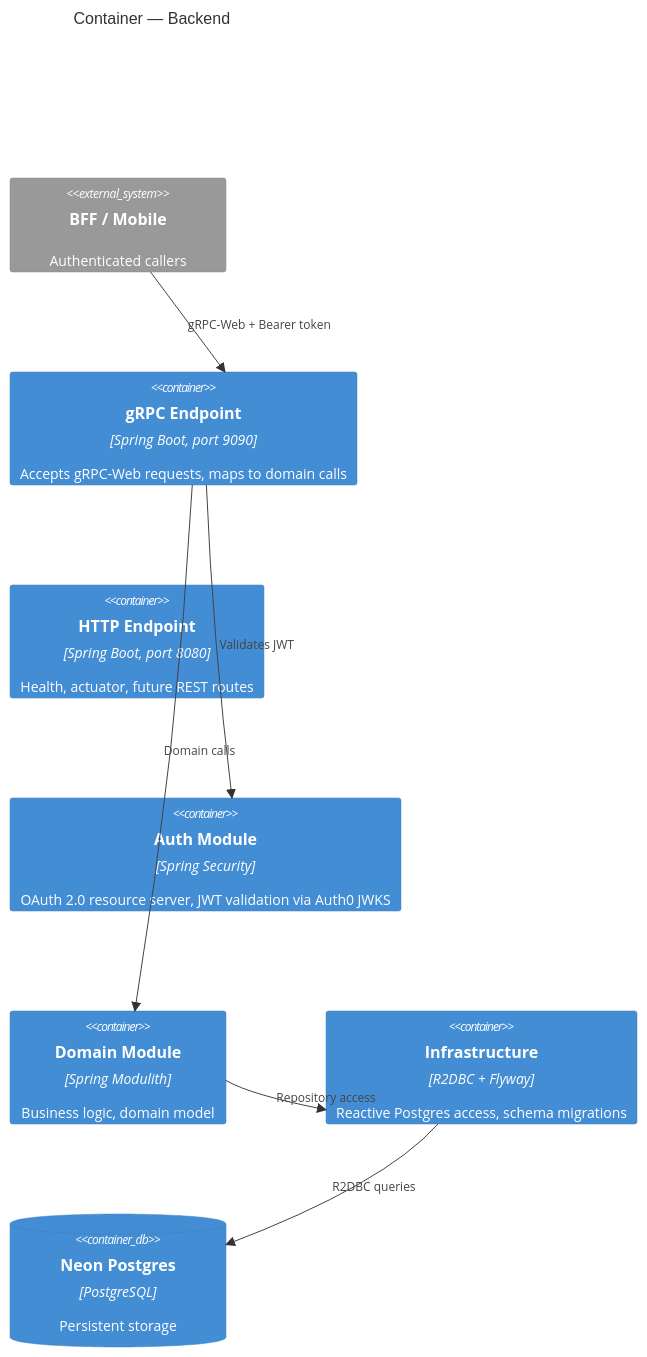
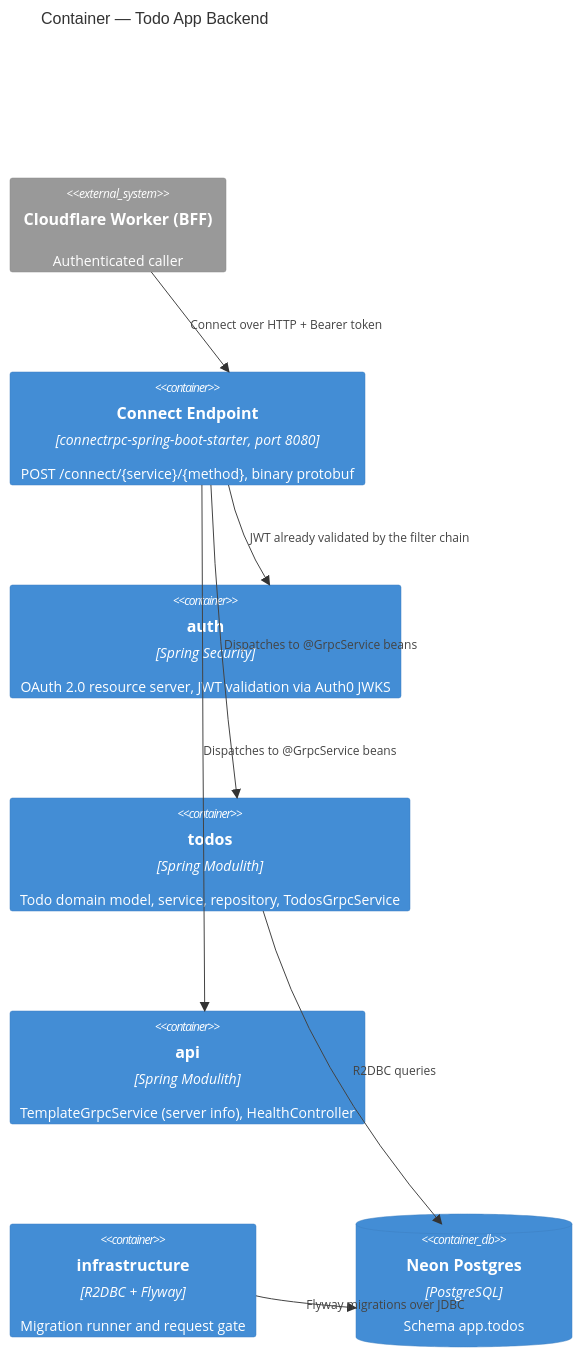
Before and after one commit to neilpmas/todo-app-backend: the second of 2 diagrams in README.md, drawn with Mermaid. The commit also changed other lines of this file, not shown here.

First line of the commit message:
docs: rewrite README for the real Connect architecture

````diff
--- a/README.md
+++ b/README.md
@@ -40,19 +59,20 @@
 ```mermaid
 C4Container
-  title Container — Backend
+  title Container — Todo App Backend
 
-  System_Ext(bff, "BFF / Mobile", "Authenticated callers")
+  System_Ext(bff, "Cloudflare Worker (BFF)", "Authenticated caller")
 
-  Container(grpc, "gRPC Endpoint", "Spring Boot, port 9090", "Accepts gRPC-Web requests, maps to domain calls")
-  Container(rest, "HTTP Endpoint", "Spring Boot, port 8080", "Health, actuator, future REST routes")
-  Container(auth, "Auth Module", "Spring Security", "OAuth 2.0 resource server, JWT validation via Auth0 JWKS")
-  Container(domain, "Domain Module", "Spring Modulith", "Business logic, domain model")
-  Container(infra, "Infrastructure", "R2DBC + Flyway", "Reactive Postgres access, schema migrations")
-  ContainerDb(db, "Neon Postgres", "PostgreSQL", "Persistent storage")
+  Container(connect, "Connect Endpoint", "connectrpc-spring-boot-starter, port 8080", "POST /connect/{service}/{method}, binary protobuf")
+  Container(auth, "auth", "Spring Security", "OAuth 2.0 resource server, JWT validation via Auth0 JWKS")
+  Container(todos, "todos", "Spring Modulith", "Todo domain model, service, repository, TodosGrpcService")
+  Container(api, "api", "Spring Modulith", "TemplateGrpcService (server info), HealthController")
+  Container(infra, "infrastructure", "R2DBC + Flyway", "Migration runner and request gate")
+  ContainerDb(db, "Neon Postgres", "PostgreSQL", "Schema app.todos")
 
-  Rel(bff, grpc, "gRPC-Web + Bearer token")
-  Rel(grpc, auth, "Validates JWT")
-  Rel(grpc, domain, "Domain calls")
-  Rel(domain, infra, "Repository access")
-  Rel(infra, db, "R2DBC queries")
+  Rel(bff, connect, "Connect over HTTP + Bearer token")
+  Rel(connect, auth, "JWT already validated by the filter chain")
+  Rel(connect, todos, "Dispatches to @GrpcService beans")
+  Rel(connect, api, "Dispatches to @GrpcService beans")
+  Rel(todos, db, "R2DBC queries")
+  Rel(infra, db, "Flyway migrations over JDBC")
 ```
````
